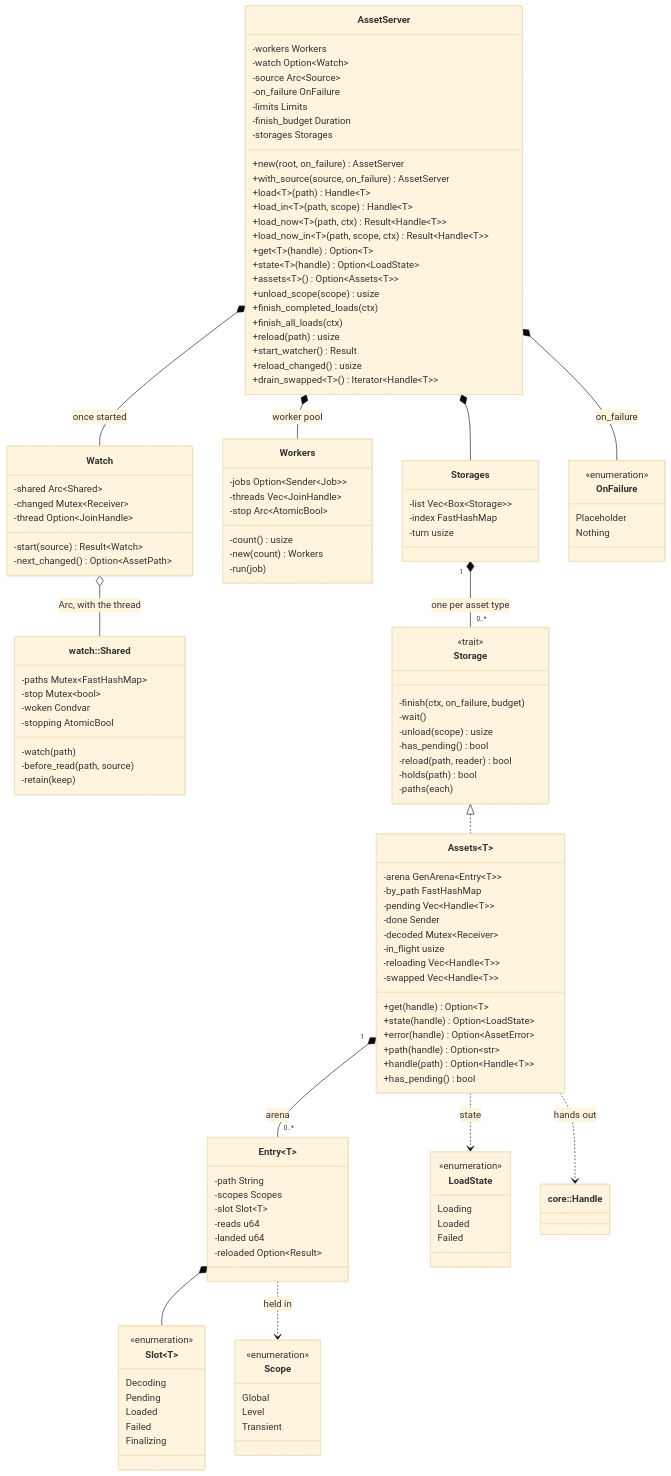
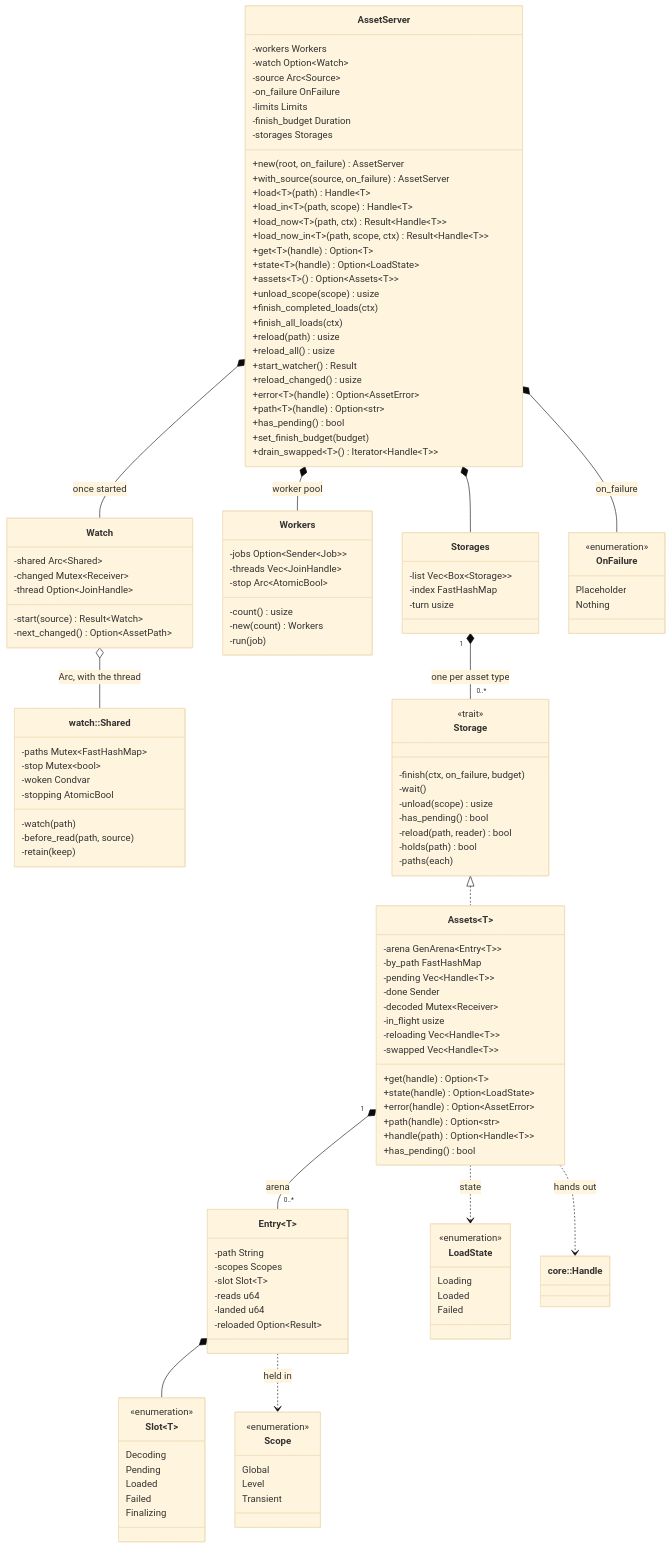
One commit to jabbott-iii/Nadir changed the eighth of 37 diagrams in diagrams/class-diagram.md. Above: the diagram before and after it, drawn with Mermaid (base theme). The commit also changed other lines of this file and 38 other files, not shown here.

```diff
--- a/diagrams/class-diagram.md
+++ b/diagrams/class-diagram.md
@@ -579,8 +580,13 @@
         +finish_completed_loads(ctx)
         +finish_all_loads(ctx)
         +reload(path) usize
+        +reload_all() usize
         +start_watcher() Result
         +reload_changed() usize
+        +error~T~(handle) Option~AssetError~
+        +path~T~(handle) Option~str~
+        +has_pending() bool
+        +set_finish_budget(budget)
         +drain_swapped~T~() Iterator~Handle~T~~
     }
     class Watch {
```
